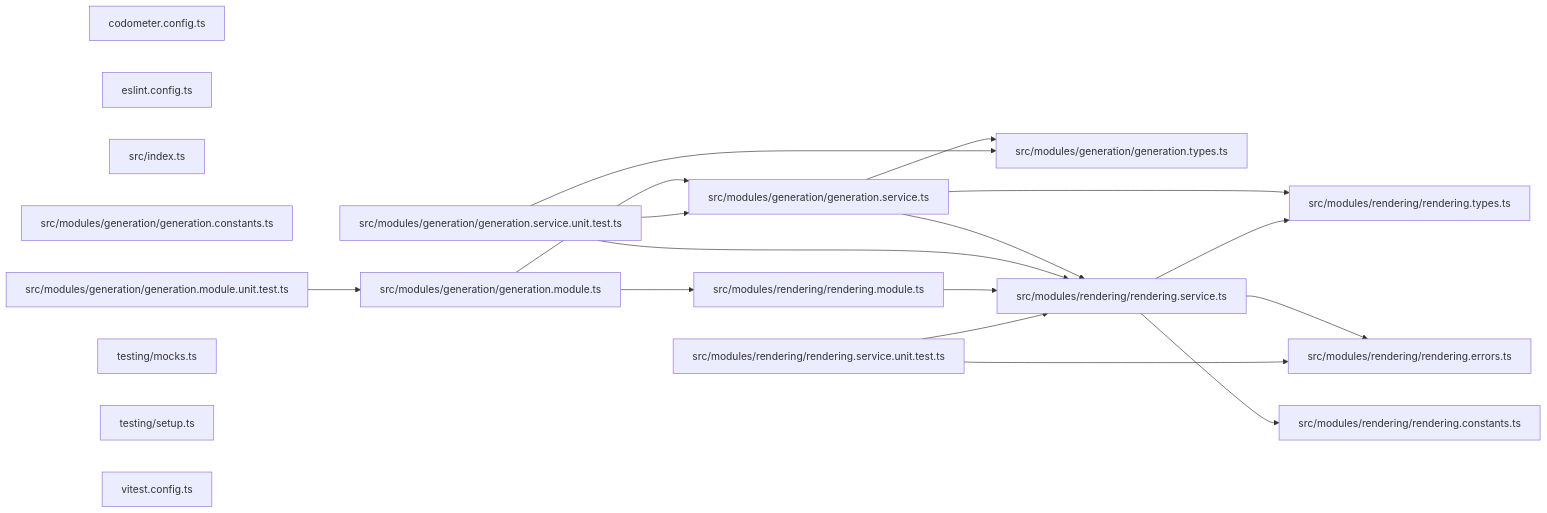
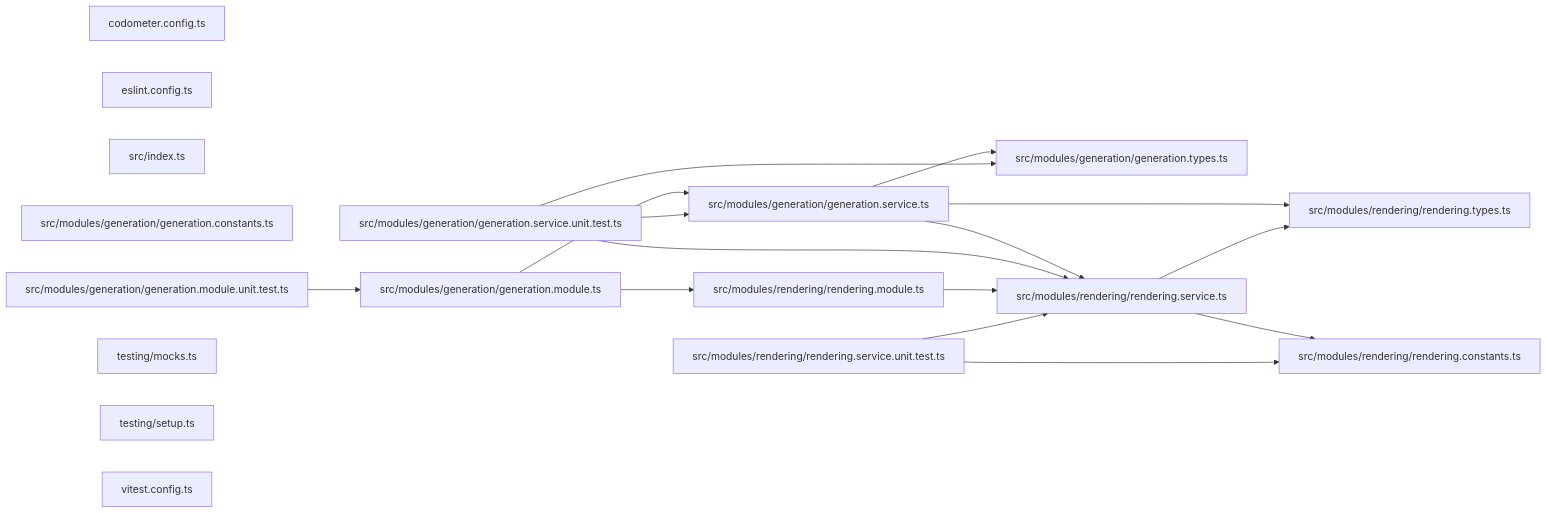
One commit to JimmyPaolini/codebase changed the third of 3 diagrams in packages/conformetry-generation/README.md. Above: the diagram before and after it, drawn with Mermaid. The commit also changed other lines of this file and 49 other files, not shown here.

````diff
--- a/packages/conformetry-generation/README.md
+++ b/packages/conformetry-generation/README.md
@@ -180,36 +180,34 @@
 ```mermaid
 graph LR
   file_codometer_config_ts["codometer.config.ts"]
   file_eslint_config_ts["eslint.config.ts"]
   file_src_index_ts["src/index.ts"]
   file_src_modules_generation_generation_constants_ts["src/modules/generation/generation.constants.ts"]
   file_src_modules_generation_generation_module_ts["src/modules/generation/generation.module.ts"]
   file_src_modules_generation_generation_module_unit_test_ts["src/modules/generation/generation.module.unit.test.ts"]
   file_src_modules_generation_generation_service_ts["src/modules/generation/generation.service.ts"]
   file_src_modules_generation_generation_service_unit_test_ts["src/modules/generation/generation.service.unit.test.ts"]
   file_src_modules_generation_generation_types_ts["src/modules/generation/generation.types.ts"]
   file_src_modules_rendering_rendering_constants_ts["src/modules/rendering/rendering.constants.ts"]
-  file_src_modules_rendering_rendering_errors_ts["src/modules/rendering/rendering.errors.ts"]
   file_src_modules_rendering_rendering_module_ts["src/modules/rendering/rendering.module.ts"]
   file_src_modules_rendering_rendering_service_ts["src/modules/rendering/rendering.service.ts"]
   file_src_modules_rendering_rendering_service_unit_test_ts["src/modules/rendering/rendering.service.unit.test.ts"]
   file_src_modules_rendering_rendering_types_ts["src/modules/rendering/rendering.types.ts"]
   file_testing_mocks_ts["testing/mocks.ts"]
   file_testing_setup_ts["testing/setup.ts"]
   file_vitest_config_ts["vitest.config.ts"]
   file_src_modules_generation_generation_module_ts --> file_src_modules_generation_generation_service_ts
   file_src_modules_generation_generation_module_ts --> file_src_modules_rendering_rendering_module_ts
   file_src_modules_generation_generation_module_unit_test_ts --> file_src_modules_generation_generation_module_ts
   file_src_modules_generation_generation_service_ts --> file_src_modules_generation_generation_types_ts
   file_src_modules_generation_generation_service_ts --> file_src_modules_rendering_rendering_service_ts
   file_src_modules_generation_generation_service_ts --> file_src_modules_rendering_rendering_types_ts
   file_src_modules_generation_generation_service_unit_test_ts --> file_src_modules_generation_generation_service_ts
   file_src_modules_generation_generation_service_unit_test_ts --> file_src_modules_generation_generation_types_ts
   file_src_modules_generation_generation_service_unit_test_ts --> file_src_modules_rendering_rendering_service_ts
   file_src_modules_rendering_rendering_module_ts --> file_src_modules_rendering_rendering_service_ts
   file_src_modules_rendering_rendering_service_ts --> file_src_modules_rendering_rendering_constants_ts
-  file_src_modules_rendering_rendering_service_ts --> file_src_modules_rendering_rendering_errors_ts
   file_src_modules_rendering_rendering_service_ts --> file_src_modules_rendering_rendering_types_ts
-  file_src_modules_rendering_rendering_service_unit_test_ts --> file_src_modules_rendering_rendering_errors_ts
+  file_src_modules_rendering_rendering_service_unit_test_ts --> file_src_modules_rendering_rendering_constants_ts
   file_src_modules_rendering_rendering_service_unit_test_ts --> file_src_modules_rendering_rendering_service_ts
 ```
````
